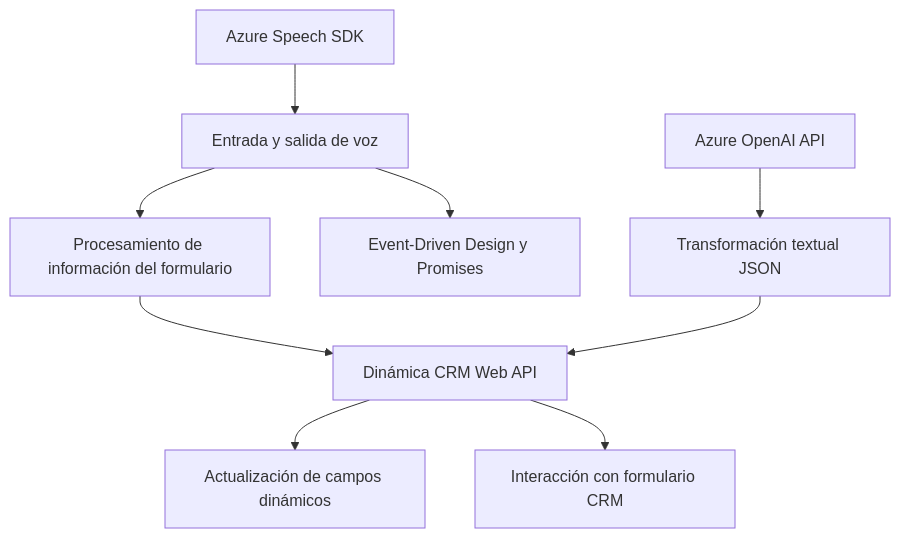
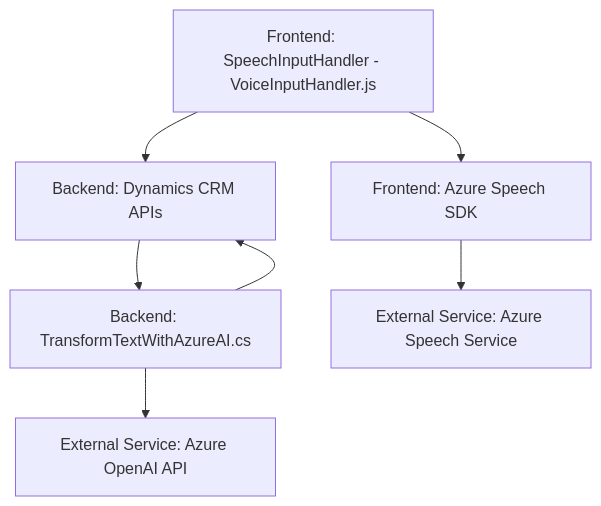
Before and after one commit to blopezdm/NETCORE_BILBAO2025: the diagram in README.md, drawn with Mermaid. The commit also changed other lines of this file, not shown here.

Commit message:
Actualizar análisis global de la solución con IA

````diff
--- a/README.md
+++ b/README.md
@@ -61,11 +60,16 @@
 ```mermaid
 graph TD
-    A["Azure Speech SDK"] --> B["Entrada y salida de voz"]
-    B --> C["Procesamiento de información del formulario"]
-    C --> D["Dinámica CRM Web API"]
-    D --> E["Actualización de campos dinámicos"]
-    F["Azure OpenAI API"] --> G["Transformación textual JSON"]
-    G --> D
-    B --> H["Event-Driven Design y Promises"]
-    D --> I["Interacción con formulario CRM"]
+    A["Frontend: SpeechInputHandler - VoiceInputHandler.js"]
+    B["Frontend: Azure Speech SDK"]
+    C["Backend: TransformTextWithAzureAI.cs"]
+    D["Backend: Dynamics CRM APIs"]
+    E["External Service: Azure OpenAI API"]
+    F["External Service: Azure Speech Service"]
+
+    A --> B
+    A --> D
+    B --> F
+    C --> E
+    C --> D
+    D --> C
 ```
````
